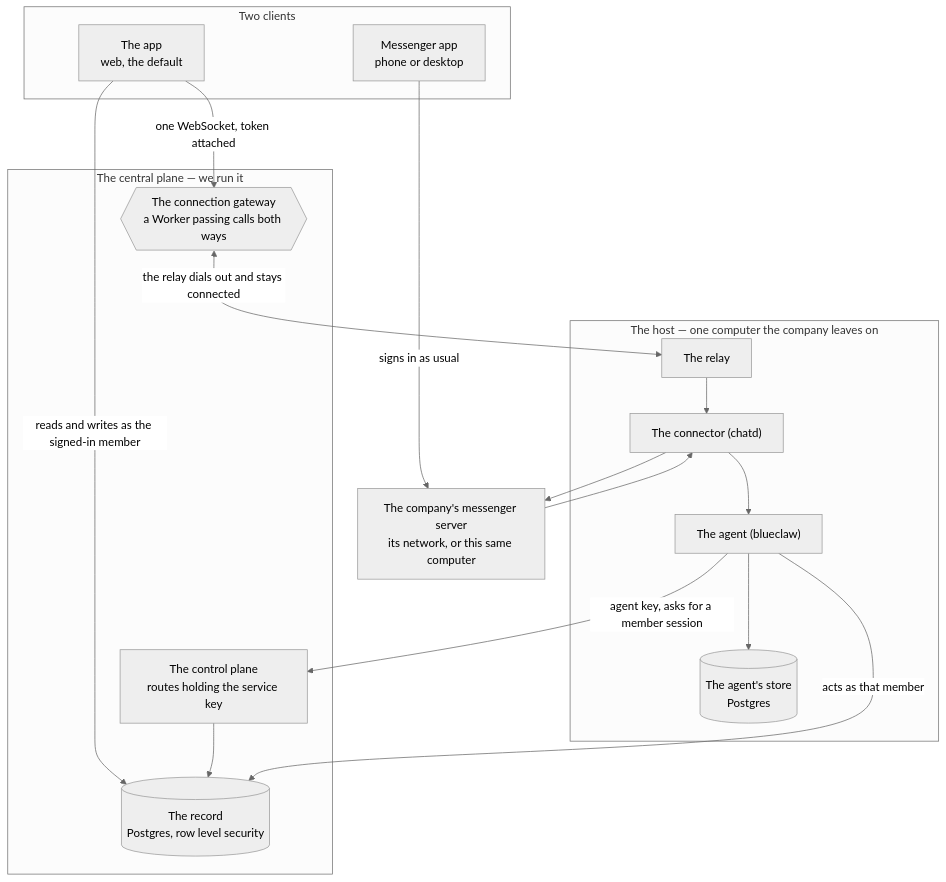
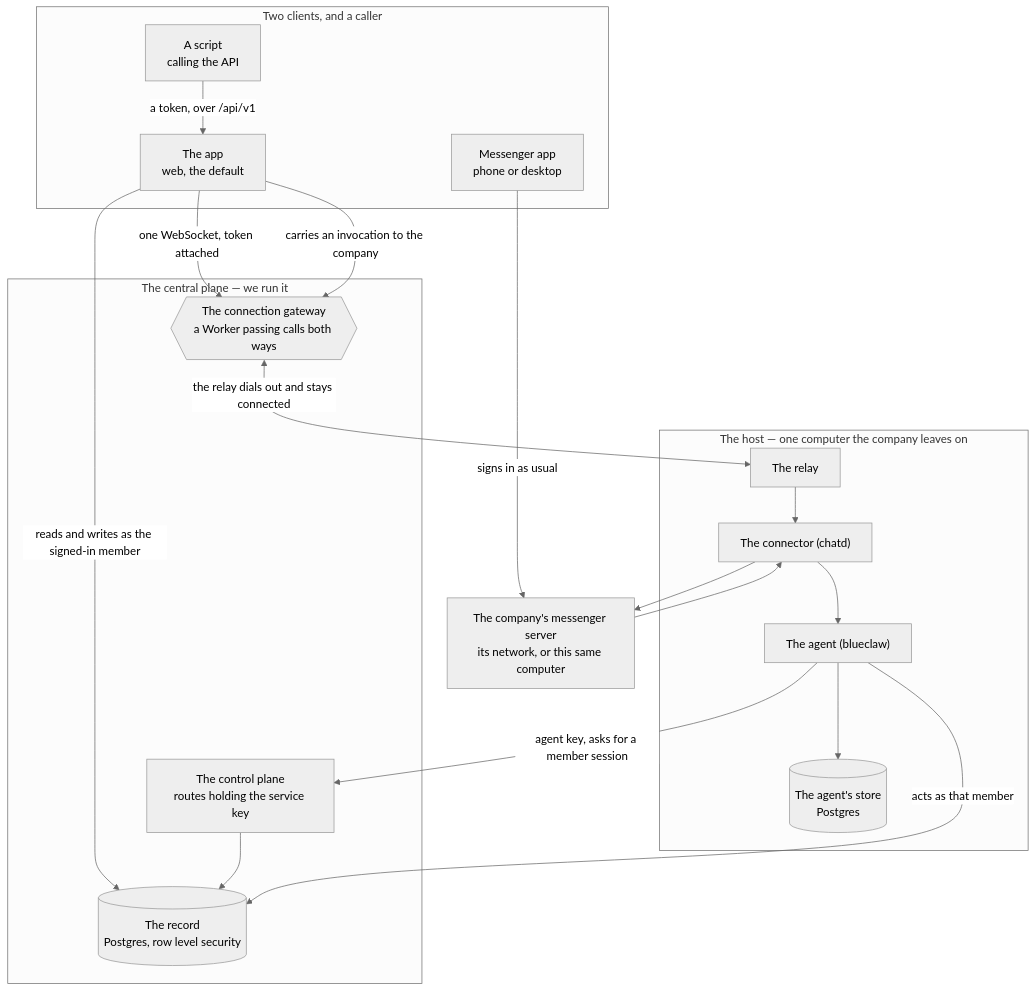
The diagram in docs/architecture.mdx (yeomyeonggeori/internkim), drawn with Mermaid (neutral theme) before and after one commit. The commit also changed other lines of this file and 21 other files, not shown here.

First line of the commit message:
docs: say that the api is the app, not a worker of ours

````diff
--- a/docs/architecture.mdx
+++ b/docs/architecture.mdx
@@ -9,34 +9,37 @@
 ```mermaid
 flowchart TB
-    subgraph clients["Two clients"]
+    subgraph clients["Two clients, and a caller"]
         app["The app<br/>web, the default"]
         client["Messenger app<br/>phone or desktop"]
+        caller["A script<br/>calling the API"]
     end
 
     subgraph central["The central plane — we run it"]
         record[("The record<br/>Postgres, row level security")]
         control["The control plane<br/>routes holding the service key"]
         gateway{{"The connection gateway<br/>a Worker passing calls both ways"}}
     end
 
     subgraph host["The host — one computer the company leaves on"]
         relay["The relay"]
         connector["The connector (chatd)"]
         agent["The agent (blueclaw)"]
         store[("The agent's store<br/>Postgres")]
     end
 
     messenger["The company's messenger server<br/>its network, or this same computer"]
 
     app -->|"reads and writes as the signed-in member"| record
     app -->|"one WebSocket, token attached"| gateway
+    caller -->|"a token, over /api/v1"| app
+    app -->|"carries an invocation to the company"| gateway
     client -->|"signs in as usual"| messenger
     gateway <-->|"the relay dials out and stays connected"| relay
     relay --> connector
     connector --> messenger
     messenger --> connector --> agent
     agent --> store
     agent -->|"agent key, asks for a member session"| control
     control --> record
     agent -->|"acts as that member"| record
 ```
````
